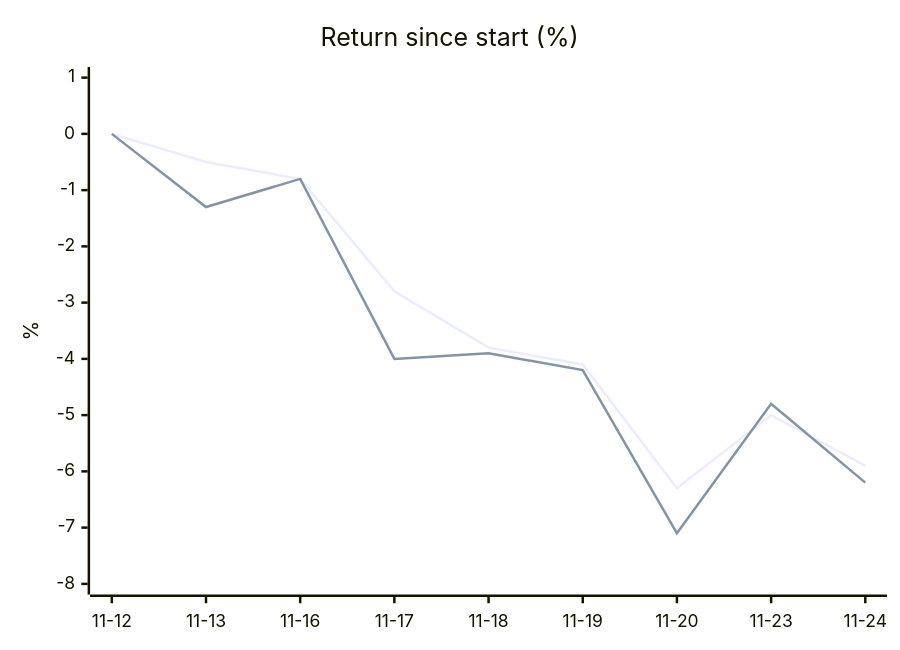
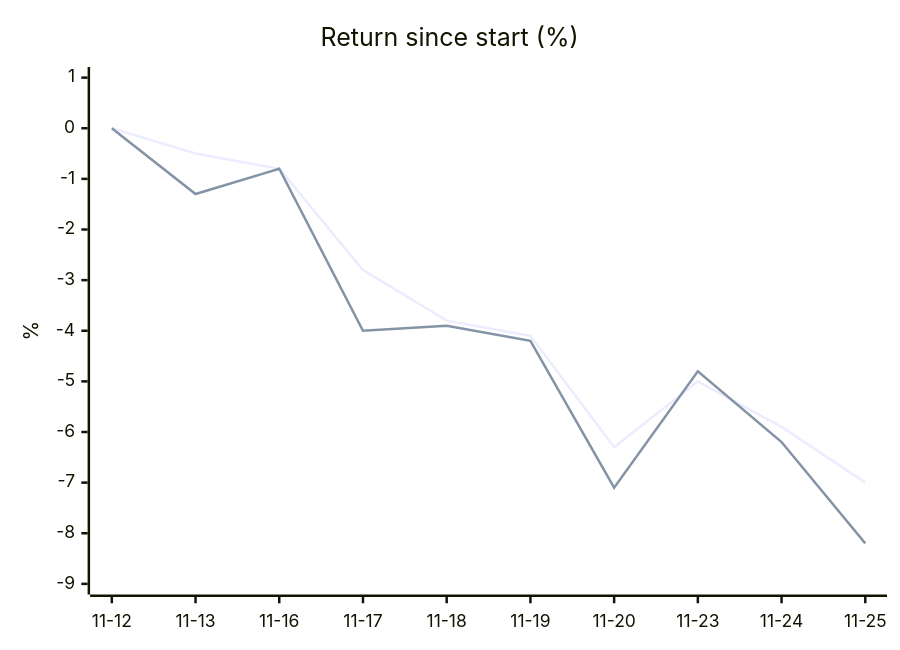
The diagram in 06 - One-Month Trial.md (owlpowell50-creator/trading-bot), drawn with Mermaid before and after one commit. The commit also changed other lines of this file and 17 other files, not shown here.

````diff
--- a/06 - One-Month Trial.md
+++ b/06 - One-Month Trial.md
@@ -37,8 +38,8 @@
 ```mermaid
 xychart-beta
     title "Return since start (%)"
-    x-axis ["11-12", "11-13", "11-16", "11-17", "11-18", "11-19", "11-20", "11-23", "11-24"]
-    y-axis "%" -8 --> 1
-    line [-0.0, -0.5, -0.8, -2.8, -3.8, -4.1, -6.3, -5.0, -5.9]
-    line [0.0, -1.3, -0.8, -4.0, -3.9, -4.2, -7.1, -4.8, -6.2]
+    x-axis ["11-12", "11-13", "11-16", "11-17", "11-18", "11-19", "11-20", "11-23", "11-24", "11-25"]
+    y-axis "%" -9 --> 1
+    line [-0.0, -0.5, -0.8, -2.8, -3.8, -4.1, -6.3, -5.0, -5.9, -7.0]
+    line [0.0, -1.3, -0.8, -4.0, -3.9, -4.2, -7.1, -4.8, -6.2, -8.2]
 ```
````
